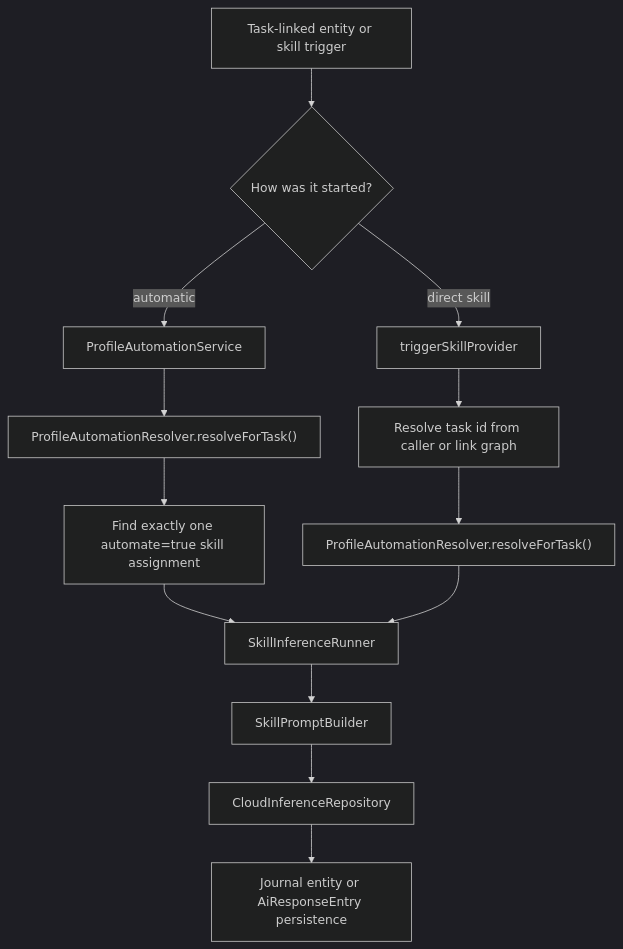
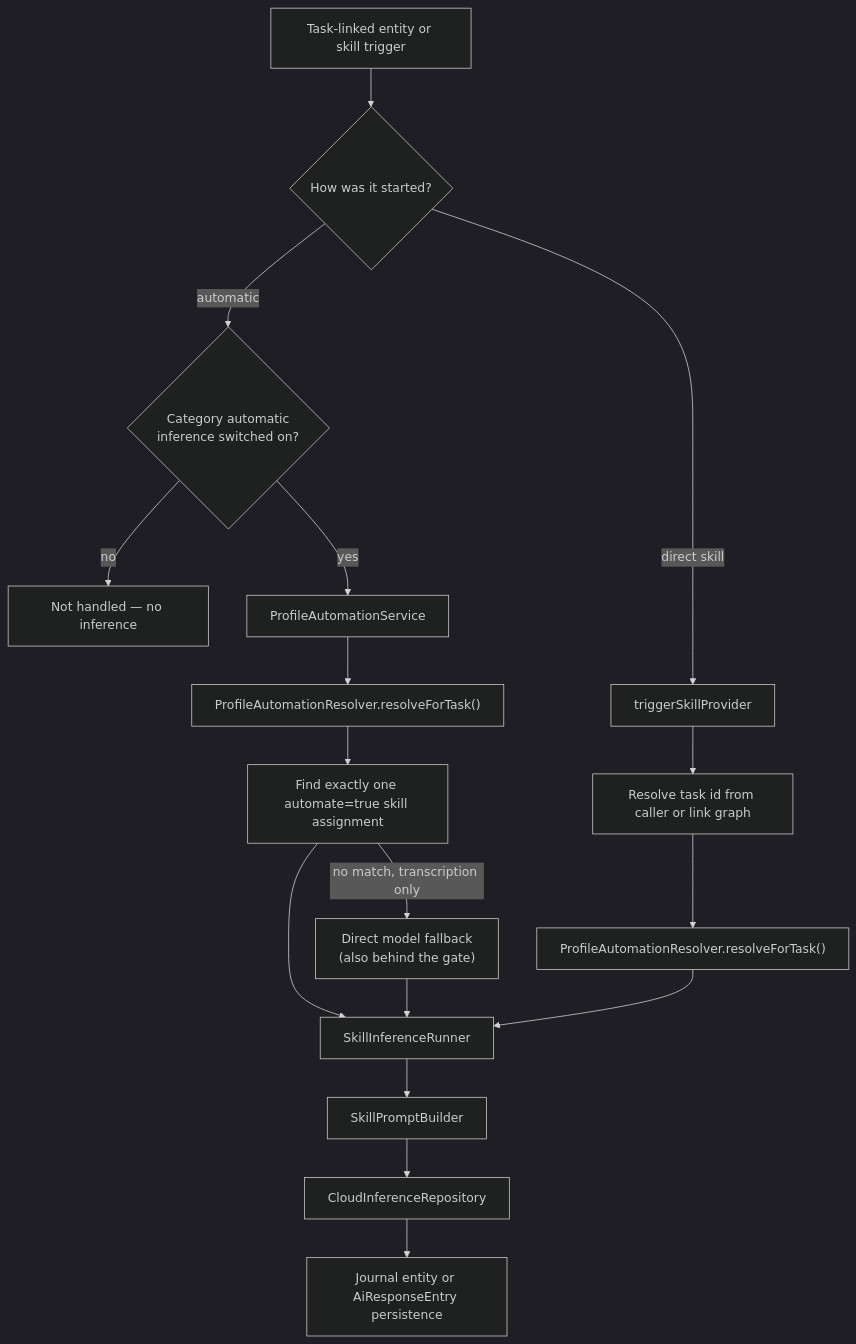
One commit to matthiasn/lotti changed the sixth of 18 diagrams in lib/features/ai/README.md. Above: the diagram before and after it, drawn with Mermaid (dark theme). The commit also changed other lines of this file and 37 other files, not shown here.

First line of the commit message:
feat: explicit consent for automatic inference, and auto-wake on enabling automatic updates

````diff
--- a/lib/features/ai/README.md
+++ b/lib/features/ai/README.md
@@ -218,19 +218,26 @@
 ```mermaid
 flowchart TD
   Trigger["Task-linked entity or skill trigger"] --> Mode{"How was it started?"}
 
-  Mode -->|automatic| Auto["ProfileAutomationService"]
+  Mode -->|automatic| Gate{"Category automatic
+inference switched on?"}
   Mode -->|direct skill| Direct["triggerSkillProvider"]
+
+  Gate -->|no| Stop["Not handled — no inference"]
+  Gate -->|yes| Auto["ProfileAutomationService"]
 
   Auto --> Resolve["ProfileAutomationResolver.resolveForTask()"]
   Resolve --> Match["Find exactly one automate=true skill assignment"]
   Match --> Runner["SkillInferenceRunner"]
+  Match -->|no match, transcription only| Fallback["Direct model fallback
+(also behind the gate)"]
+  Fallback --> Runner
 
   Direct --> LinkTask["Resolve task id from caller or link graph"]
   LinkTask --> ResolveDirect["ProfileAutomationResolver.resolveForTask()"]
   ResolveDirect --> Runner
 
   Runner --> Prompt["SkillPromptBuilder"]
   Prompt --> Route["CloudInferenceRepository"]
   Route --> Persist["Journal entity or AiResponseEntry persistence"]
 ```
````
